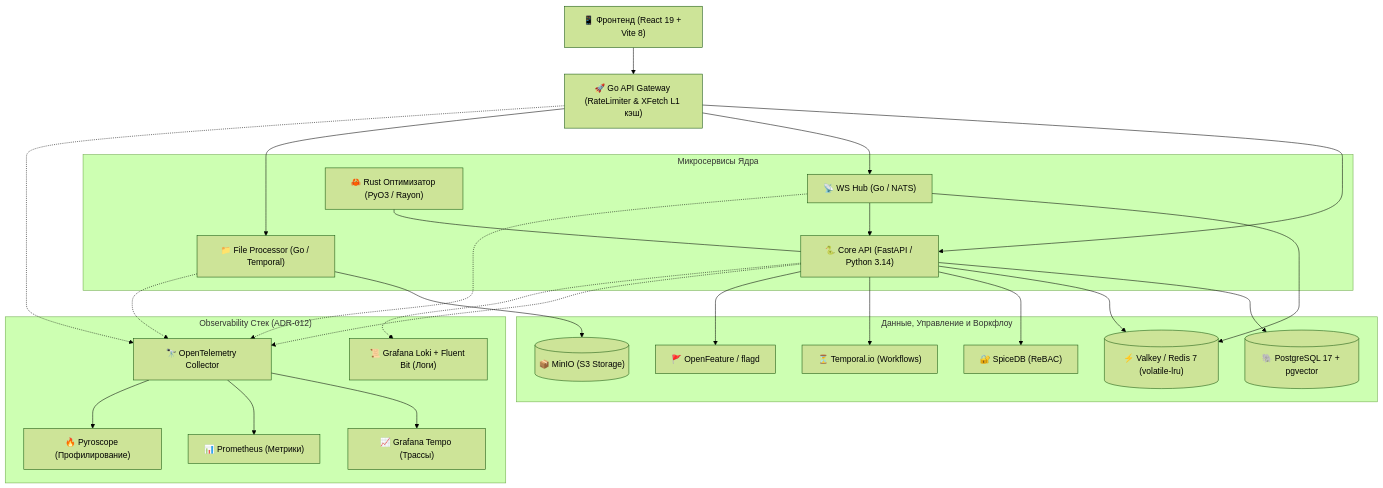
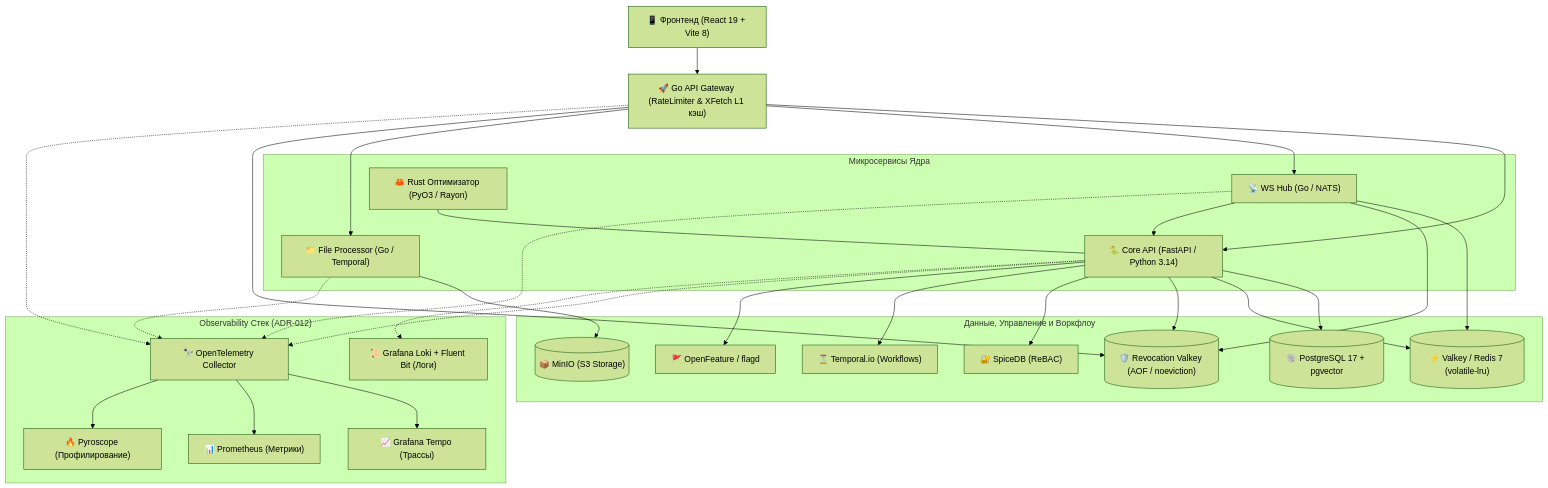
One commit to egorribun/university_ecosystem changed the first of 3 diagrams in README.ru.md. Above: the diagram before and after it, drawn with Mermaid (forest theme). The commit also changed other lines of this file and 1329 other files, not shown here.

````diff
--- a/README.ru.md
+++ b/README.ru.md
@@ -85,55 +85,59 @@
 ```mermaid
 graph TD
     Client["📱 Фронтенд (React 19 + Vite 8)"]
     Gateway["🚀 Go API Gateway (RateLimiter & XFetch L1 кэш)"]
 
     subgraph "Микросервисы Ядра"
         Backend["🐍 Core API (FastAPI / Python 3.14)"]
         WSHub["📡 WS Hub (Go / NATS)"]
         FileProc["📁 File Processor (Go / Temporal)"]
         Optimizer["🦀 Rust Оптимизатор (PyO3 / Rayon)"]
     end
 
     subgraph "Данные, Управление и Воркфлоу"
         Postgres[("🐘 PostgreSQL 17 + pgvector")]
         Valkey[("⚡ Valkey / Redis 7 (volatile-lru)")]
+        Revocations[("🛡️ Revocation Valkey (AOF / noeviction)")]
         MinIO[("📦 MinIO (S3 Storage)")]
         Temporal["⏳ Temporal.io (Workflows)"]
         SpiceDB["🔐 SpiceDB (ReBAC)"]
         Flagd["🚩 OpenFeature / flagd"]
     end
 
     subgraph "Observability Стек (ADR-012)"
         OTEL["🔭 OpenTelemetry Collector"]
         Tempo["📈 Grafana Tempo (Трассы)"]
         Prometheus["📊 Prometheus (Метрики)"]
         Pyroscope["🔥 Pyroscope (Профилирование)"]
         Loki["📜 Grafana Loki + Fluent Bit (Логи)"]
     end
 
     Client --> Gateway
     Gateway --> Backend
     Gateway --> WSHub
     Gateway --> FileProc
 
     Backend --> Postgres
     Backend --> Valkey
+    Backend --> Revocations
     Backend --> SpiceDB
     Backend --> Temporal
     Backend --> Flagd
 
     WSHub --> Valkey
+    WSHub --> Revocations
+    Gateway --> Revocations
     WSHub --> Backend
     FileProc --> MinIO
     Optimizer --- Backend
 
     Backend -.-> OTEL
     Gateway -.-> OTEL
     WSHub -.-> OTEL
     FileProc -.-> OTEL
 
     OTEL --> Tempo
     OTEL --> Prometheus
     OTEL --> Pyroscope
     Backend -.-> Loki
 ```
````
